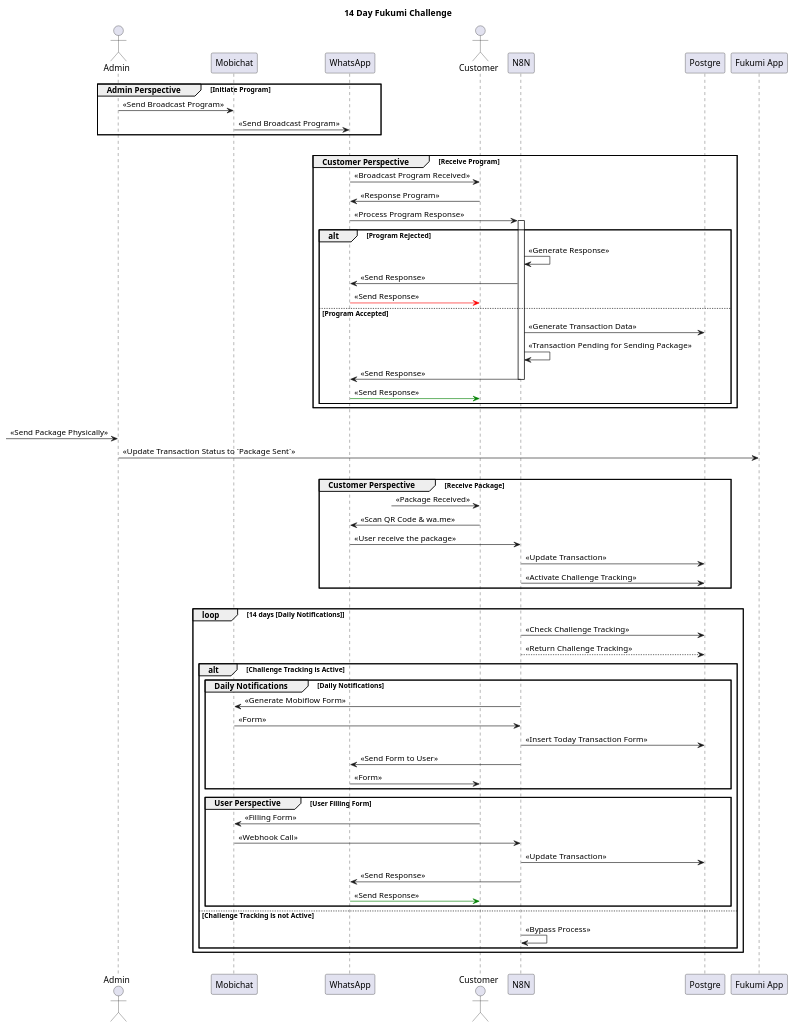
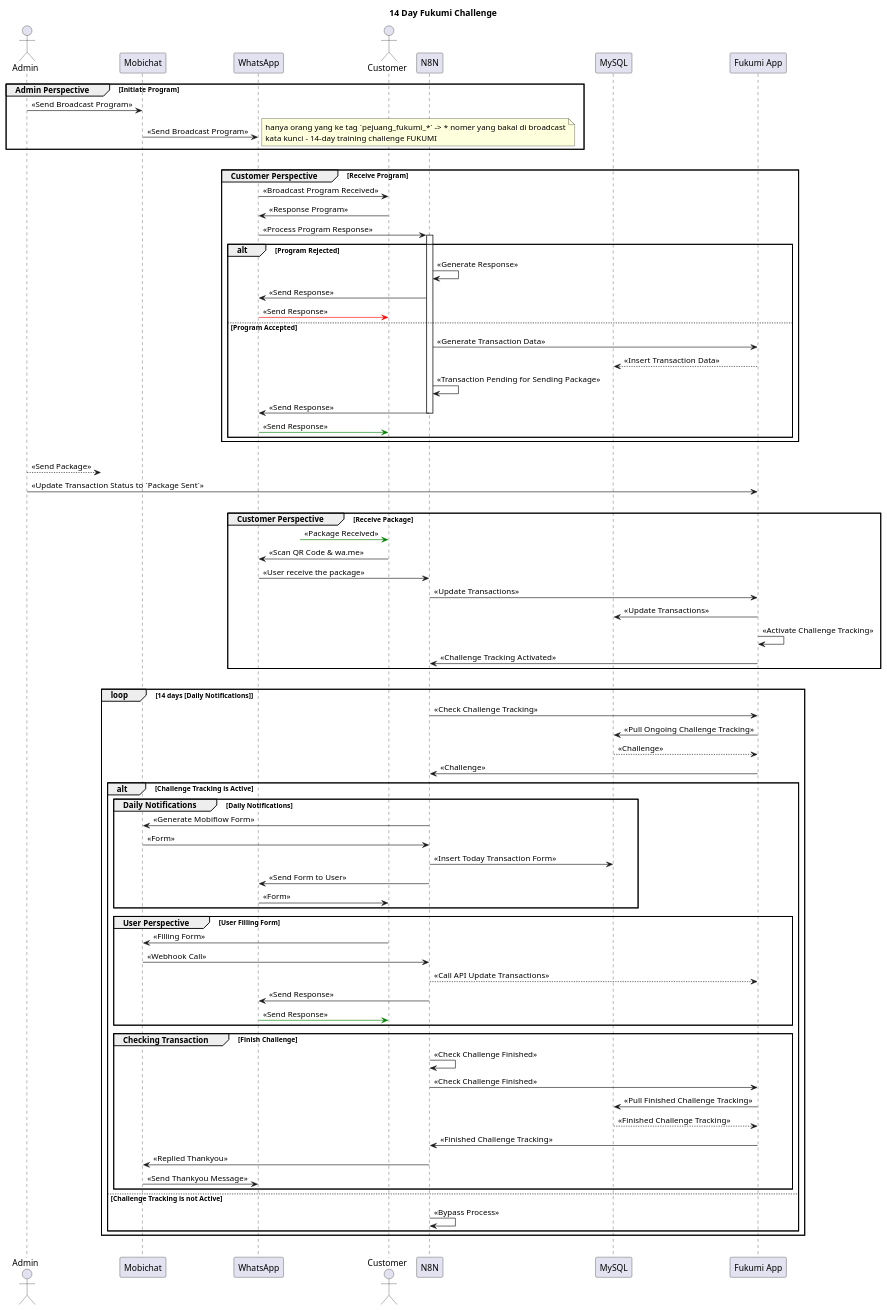
One commit to kcchandra-w6/system-design changed the diagram in mobigpt/fukumi/14-day-challenge.puml. Above: the diagram before and after it, drawn with PlantUML.

Commit message:
feat(fukumi): update UML diagram for 14-day challenge workflow, replacing PostgreSQL with MySQL and refining transaction handling

```diff
--- a/mobigpt/fukumi/14-day-challenge.puml
+++ b/mobigpt/fukumi/14-day-challenge.puml
@@ -1,80 +1,99 @@
 @startuml 14-day-challenge
 
 title 14 Day Fukumi Challenge
 
 actor "Admin" as admin
 participant "Mobichat" as mc
 participant "WhatsApp" as wa
 actor "Customer" as customer
 participant "N8N" as n8n
-participant "Postgre" as db
+participant "MySQL" as db
 participant "Fukumi App" as app
 
 group Admin Perspective [Initiate Program]
     admin -> mc: << Send Broadcast Program >>
     mc -> wa: << Send Broadcast Program >>
+    note right
+        hanya orang yang ke tag `pejuang_fukumi_*` -> * nomer yang bakal di broadcast
+        kata kunci - 14-day training challenge FUKUMI
+    end note
 end
 
 ||20||
 
 group Customer Perspective [Receive Program]
     wa -> customer: << Broadcast Program Received >>
     customer -> wa: << Response Program >>
     wa -> n8n ++: << Process Program Response >>
 
     alt Program Rejected
         n8n -> n8n: << Generate Response >>
         n8n -> wa: << Send Response >>
         wa -[#Red]> customer: << Send Response >>
     else Program Accepted
-        n8n -> db: << Generate Transaction Data >>
+        n8n -> app: << Generate Transaction Data >>
+        app --> db: << Insert Transaction Data >>
         n8n -> n8n: << Transaction Pending for Sending Package >>
         n8n -> wa --: << Send Response >>
         wa -[#Green]> customer: << Send Response >>
     end
 end
 
 ||20||
 
-?->admin: << Send Package Physically >>
+admin -->?: << Send Package >>
 admin -> app: << Update Transaction Status to `Package Sent` >>
 
 ||20||
 
 group Customer Perspective [Receive Package]
-    ?->customer: << Package Received >>
+    ?-[#Green]>customer: << Package Received >>
     customer -> wa: << Scan QR Code & wa.me >>
     wa -> n8n: << User receive the package >>
-    n8n -> db: << Update Transaction >>
-    n8n -> db: << Activate Challenge Tracking >>
+    n8n -> app: << Update Transactions >>
+    app -> db: << Update Transactions >>
+    app -> app: << Activate Challenge Tracking >>
+    app -> n8n: << Challenge Tracking Activated >>
 end
 
 ||20||
 
 loop 14 days [Daily Notifications]
-    n8n -> db: << Check Challenge Tracking >>
-    n8n --> db: << Return Challenge Tracking >>
+    n8n -> app: << Check Challenge Tracking >>
+    app -> db: << Pull Ongoing Challenge Tracking >>
+    db --> app: << Challenge >>
+    app -> n8n: << Challenge >>
     alt Challenge Tracking is Active
         group Daily Notifications [Daily Notifications]
             n8n -> mc: << Generate Mobiflow Form >>
             mc -> n8n: << Form >>
             n8n -> db: << Insert Today Transaction Form >>
             n8n -> wa: << Send Form to User >>
             wa -> customer: << Form >>
         end
 
         group User Perspective [User Filling Form]
             customer -> mc: << Filling Form >>
             mc -> n8n: << Webhook Call >>
-            n8n -> db: << Update Transaction >>
+            n8n --> app: << Call API Update Transactions >>
             n8n -> wa: << Send Response >>
             wa -[#Green]> customer: << Send Response >>
+        end
+
+        group Checking Transaction [Finish Challenge]
+            n8n -> n8n: << Check Challenge Finished >>
+            n8n -> app: << Check Challenge Finished >>
+            app -> db: << Pull Finished Challenge Tracking >>
+            db --> app: << Finished Challenge Tracking >>
+            app -> n8n: << Finished Challenge Tracking >>
+            n8n -> mc: << Replied Thankyou >>
+            mc -> wa: << Send Thankyou Message >>
         end
     else Challenge Tracking is not Active
         n8n -> n8n: << Bypass Process >>
     end
 end
 
 ||20||
 
 @enduml
```
